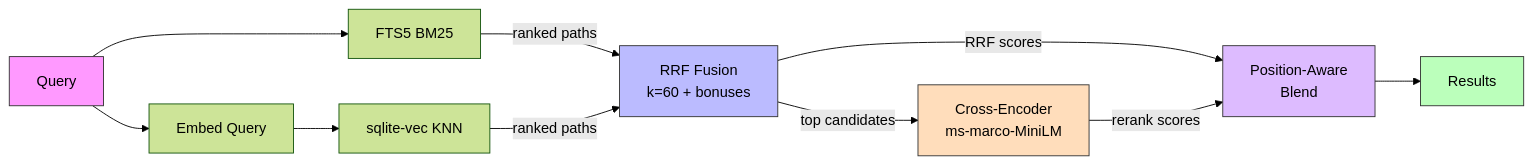
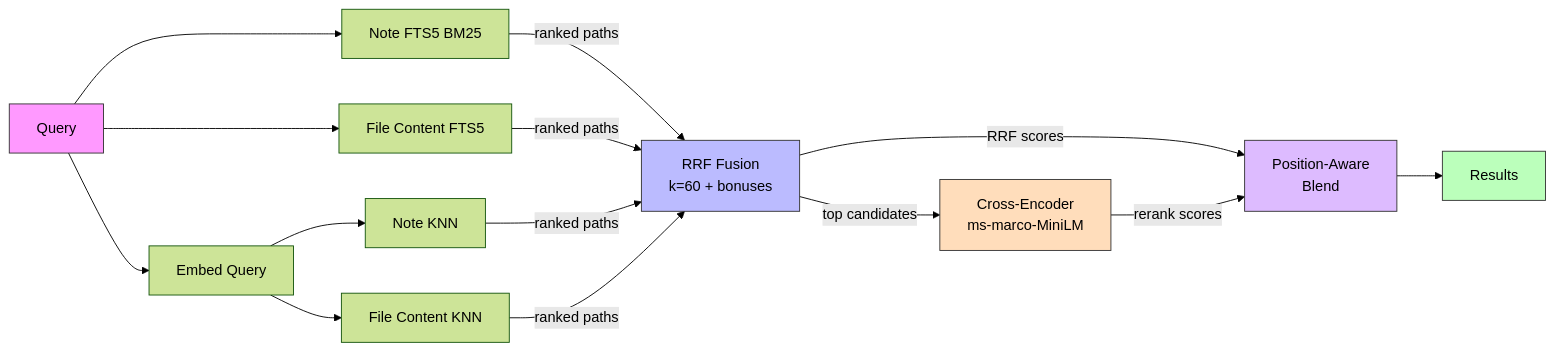
Before and after one commit to aliasunder/vault-cortex: the second of 5 diagrams in ARCHITECTURE.md, drawn with Mermaid (forest theme). The commit also changed other lines of this file and 5 other files, not shown here.

````diff
--- a/ARCHITECTURE.md
+++ b/ARCHITECTURE.md
@@ -367,18 +369,22 @@
 ```mermaid
 flowchart LR
-    Q[Query] --> FTS[FTS5 BM25]
+    Q[Query] --> NoteFTS[Note FTS5 BM25]
+    Q --> FileFTS[File Content FTS5]
     Q --> EMB[Embed Query]
-    EMB --> KNN[sqlite-vec KNN]
-    FTS --> |ranked paths| RRF[RRF Fusion\nk=60 + bonuses]
-    KNN --> |ranked paths| RRF
+    EMB --> NoteKNN[Note KNN]
+    EMB --> FileKNN[File Content KNN]
+    NoteFTS --> |ranked paths| RRF[RRF Fusion\nk=60 + bonuses]
+    FileFTS --> |ranked paths| RRF
+    NoteKNN --> |ranked paths| RRF
+    FileKNN --> |ranked paths| RRF
     RRF --> |top candidates| CE[Cross-Encoder\nms-marco-MiniLM]
     RRF --> |RRF scores| BL[Position-Aware\nBlend]
     CE --> |rerank scores| BL
     BL --> R[Results]
 
     style Q fill:#f9f,stroke:#333
     style RRF fill:#bbf,stroke:#333
     style CE fill:#fdb,stroke:#333
     style BL fill:#dbf,stroke:#333
     style R fill:#bfb,stroke:#333
 ```
````
